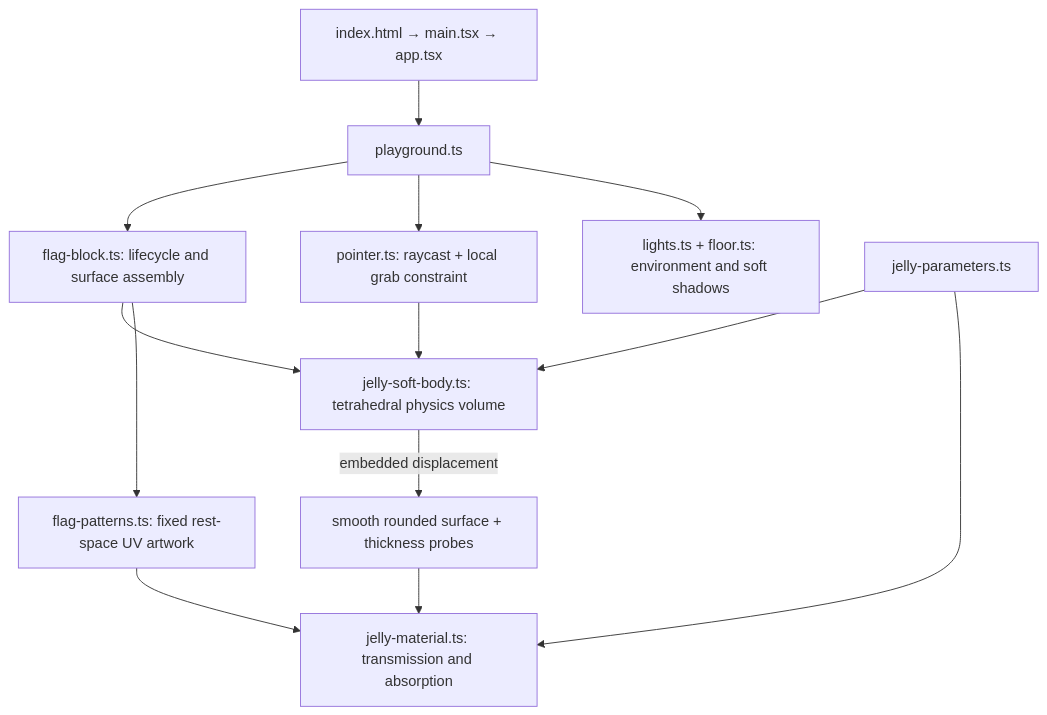
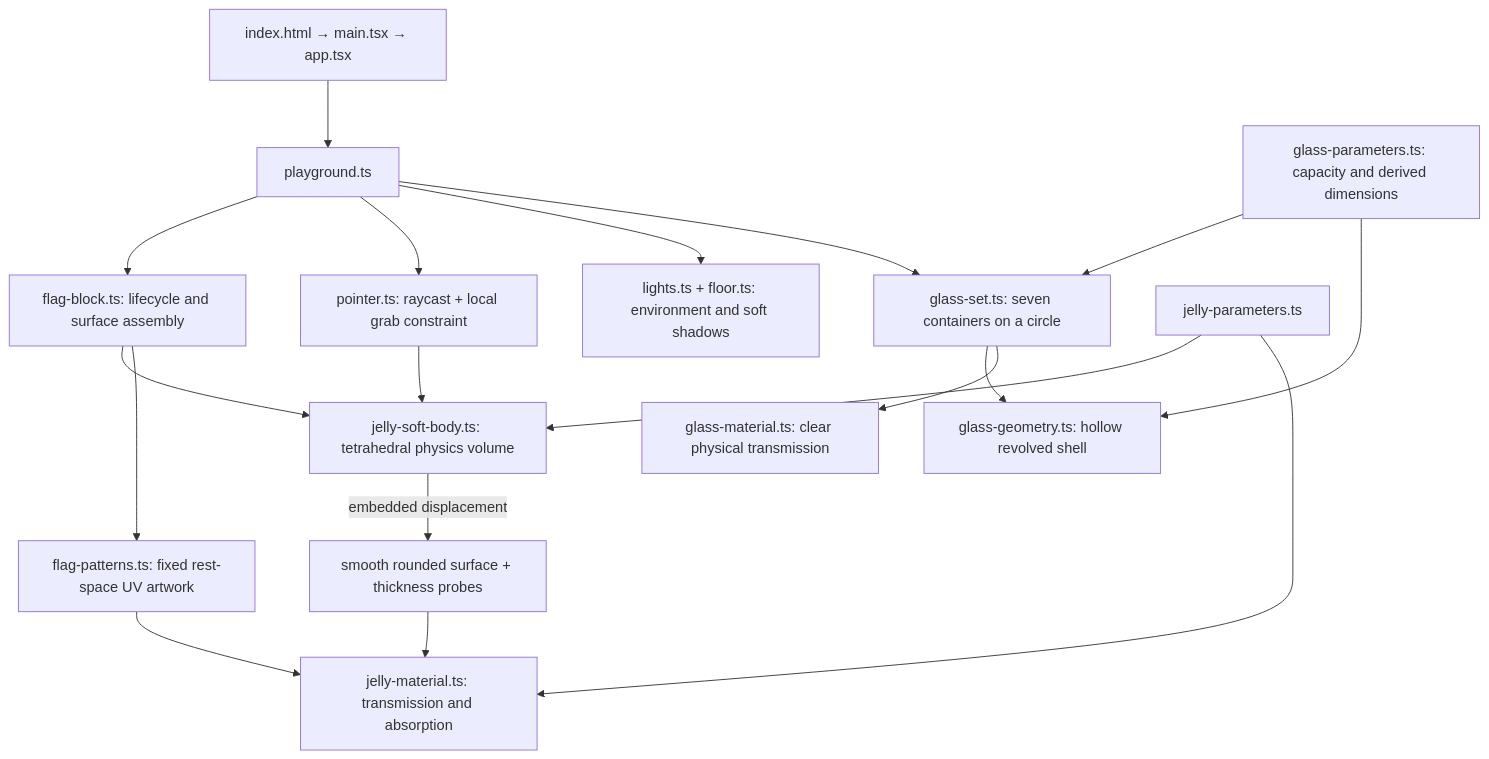
Before and after one commit to arvikachristy/semesta: the diagram in README.md, drawn with Mermaid. The commit also changed other lines of this file and 7 other files, not shown here.

Commit message:
feat: arrange seven capacity-sized glass containers

````diff
--- a/README.md
+++ b/README.md
@@ -24,15 +24,20 @@
 ```mermaid
 flowchart TD
   entry["index.html → main.tsx → app.tsx"] --> scene["playground.ts"]
   scene --> block["flag-block.ts: lifecycle and surface assembly"]
   block --> volume["jelly-soft-body.ts: tetrahedral physics volume"]
   volume -->|embedded displacement| surface["smooth rounded surface + thickness probes"]
   block --> pattern["flag-patterns.ts: fixed rest-space UV artwork"]
   surface --> material["jelly-material.ts: transmission and absorption"]
   pattern --> material
   scene --> input["pointer.ts: raycast + local grab constraint"]
   input --> volume
   scene --> lighting["lights.ts + floor.ts: environment and soft shadows"]
+  scene --> glasses["glass-set.ts: seven containers on a circle"]
+  glasses --> glassGeometry["glass-geometry.ts: hollow revolved shell"]
+  glasses --> glassMaterial["glass-material.ts: clear physical transmission"]
+  glassConfig["glass-parameters.ts: capacity and derived dimensions"] --> glasses
+  glassConfig --> glassGeometry
   config["jelly-parameters.ts"] --> volume
   config --> material
 ```
````
